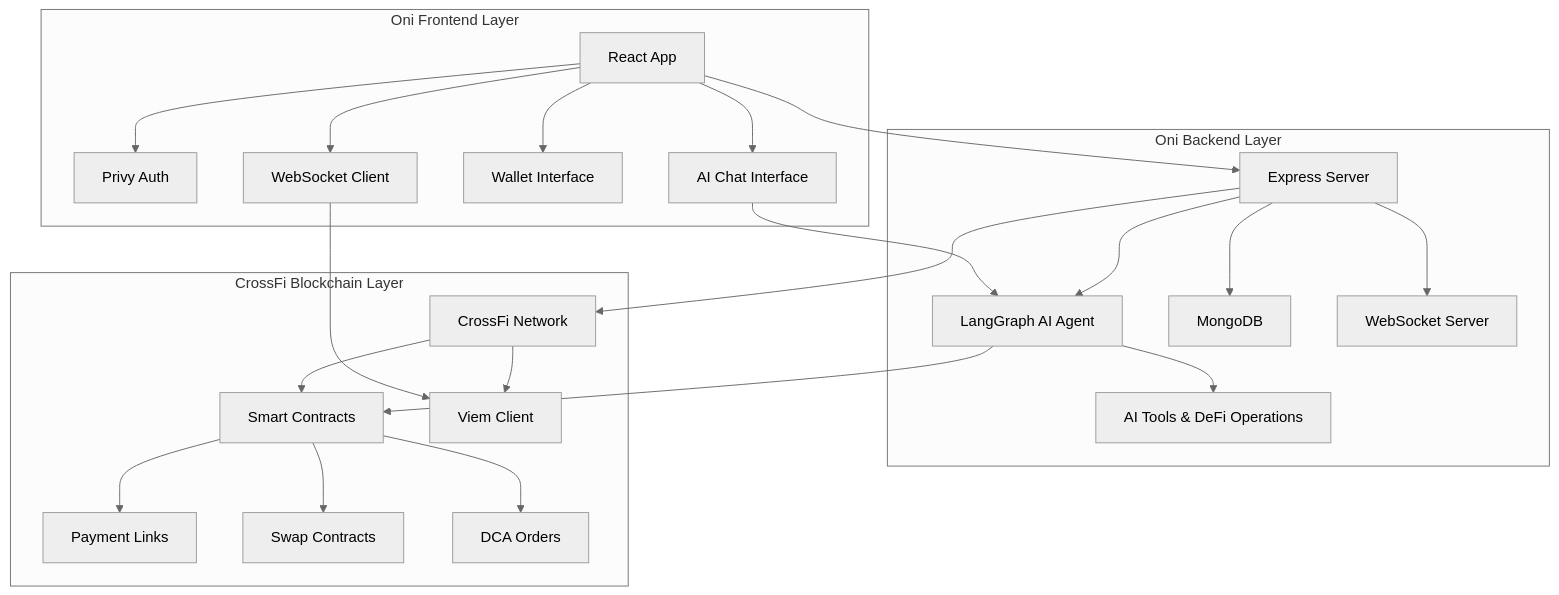
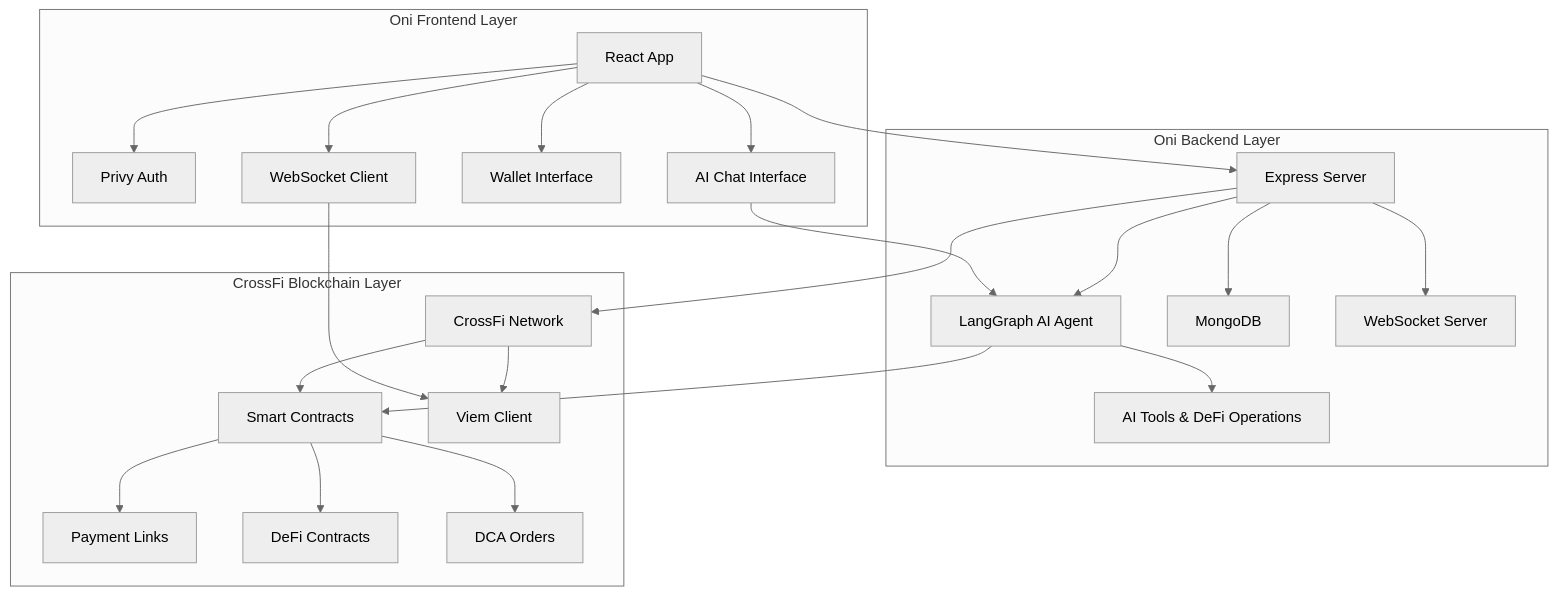
Before and after one commit to sam-thetutor/Oni: the first of 3 diagrams in README.md, drawn with Mermaid (neutral theme). The commit also changed other lines of this file and 98 other files, not shown here.

````diff
--- a/README.md
+++ b/README.md
@@ -35,30 +35,30 @@
 ```mermaid
 graph TB
     subgraph "Oni Frontend Layer"
         A[React App] --> B[Privy Auth]
         A --> C[WebSocket Client]
         A --> D[Wallet Interface]
         A --> E[AI Chat Interface]
     end
     
     subgraph "Oni Backend Layer"
         F[Express Server] --> G[LangGraph AI Agent]
         F --> H[MongoDB]
         F --> I[WebSocket Server]
         G --> J[AI Tools & DeFi Operations]
     end
     
     subgraph "CrossFi Blockchain Layer"
         K[CrossFi Network] --> L[Smart Contracts]
         K --> M[Viem Client]
         L --> N[Payment Links]
-        L --> O[Swap Contracts]
+        L --> O[DeFi Contracts]
         L --> P[DCA Orders]
     end
     
     A --> F
     F --> K
     C --> M
     G --> L
     E --> G
 ```
````
